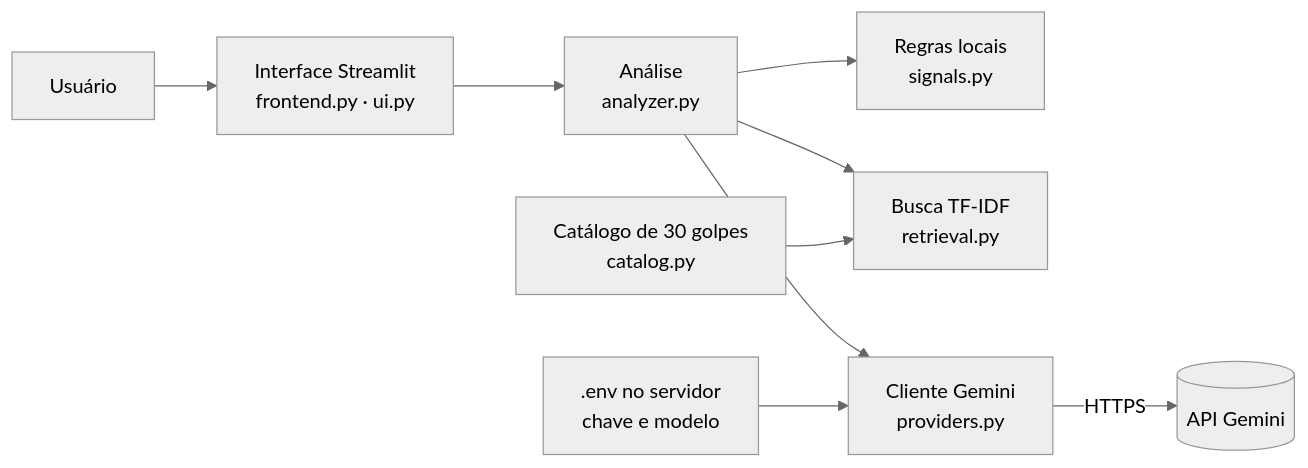
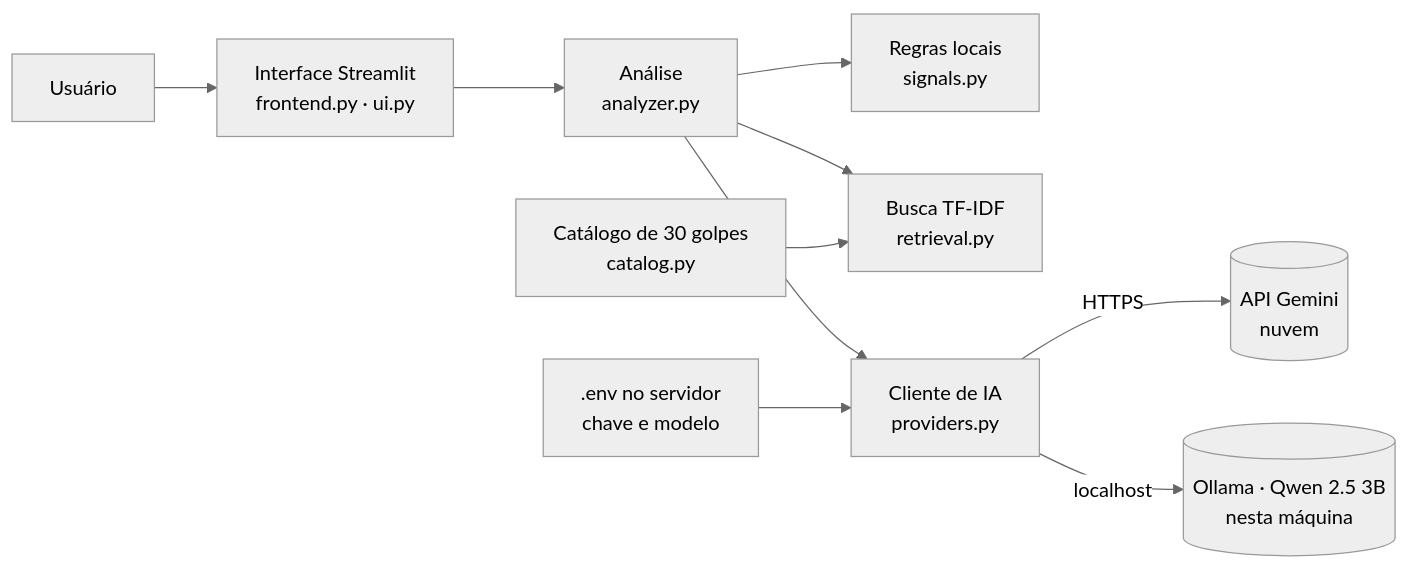
One commit to gustavohleao/alertagolpe changed the second of 3 diagrams in docs/RELATORIO.md. Above: the diagram before and after it, drawn with Mermaid (neutral theme). The commit also changed other lines of this file and 11 other files, not shown here.

First line of the commit message:
Adiciona LLM local (Qwen 2.5 3B via Ollama) como reserva

````diff
--- a/docs/RELATORIO.md
+++ b/docs/RELATORIO.md
@@ -198,11 +206,12 @@
 ```mermaid
 flowchart LR
     U[Usuário] --> UI[Interface Streamlit<br/>frontend.py · ui.py]
     UI --> AN[Análise<br/>analyzer.py]
     AN --> SG[Regras locais<br/>signals.py]
     AN --> IDX[Busca TF-IDF<br/>retrieval.py]
     CAT[Catálogo de 30 golpes<br/>catalog.py] --> IDX
-    AN --> GEM[Cliente Gemini<br/>providers.py]
-    GEM -->|HTTPS| API[(API Gemini)]
+    AN --> GEM[Cliente de IA<br/>providers.py]
+    GEM -->|HTTPS| API[(API Gemini<br/>nuvem)]
+    GEM -->|localhost| OLL[(Ollama · Qwen 2.5 3B<br/>nesta máquina)]
     CFG[.env no servidor<br/>chave e modelo] --> GEM
 ```
````
